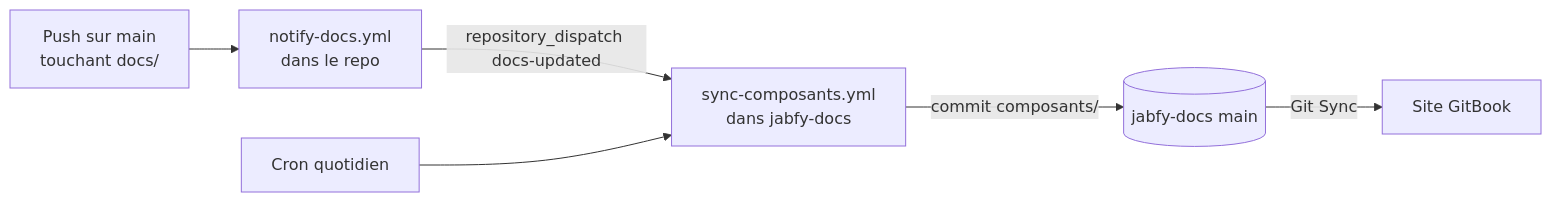
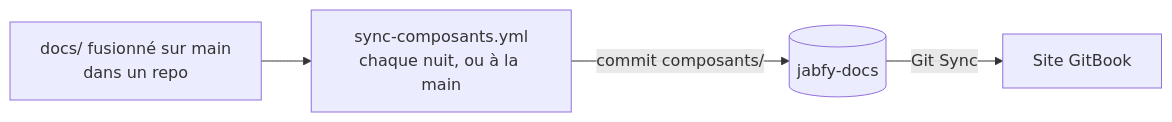
Before and after one commit to jabfy-corp/jabfy-docs: the second of 2 diagrams in documentation/architecture/ci-cd.md, drawn with Mermaid. The commit also changed other lines of this file and 45 other files, not shown here.

First line of the commit message:
docs: prepare the 29/10 review: research, architecture, first measurements

````diff
--- a/documentation/architecture/ci-cd.md
+++ b/documentation/architecture/ci-cd.md
@@ -42,8 +41,6 @@
 ```mermaid
 flowchart LR
-  push[Push sur main<br/>touchant docs/] --> notify[notify-docs.yml<br/>dans le repo]
-  notify -->|repository_dispatch docs-updated| sync[sync-composants.yml<br/>dans jabfy-docs]
-  cron[Cron quotidien] --> sync
-  sync -->|commit composants/| docs[(jabfy-docs main)]
+  push[docs/ fusionné sur main<br/>dans un repo] --> sync[sync-composants.yml<br/>chaque nuit, ou à la main]
+  sync -->|commit composants/| docs[(jabfy-docs)]
   docs -->|Git Sync| gitbook[Site GitBook]
 ```
````
